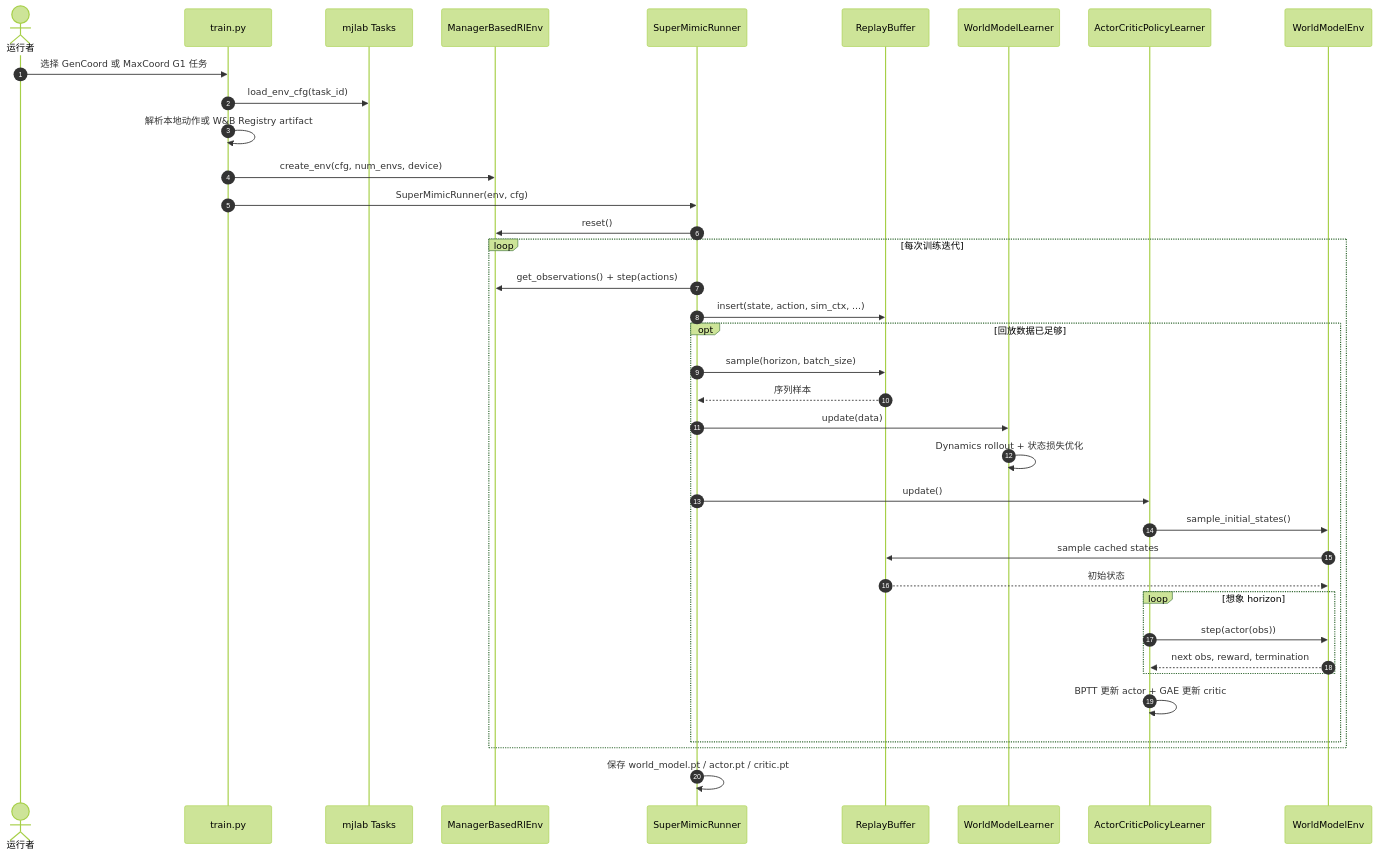
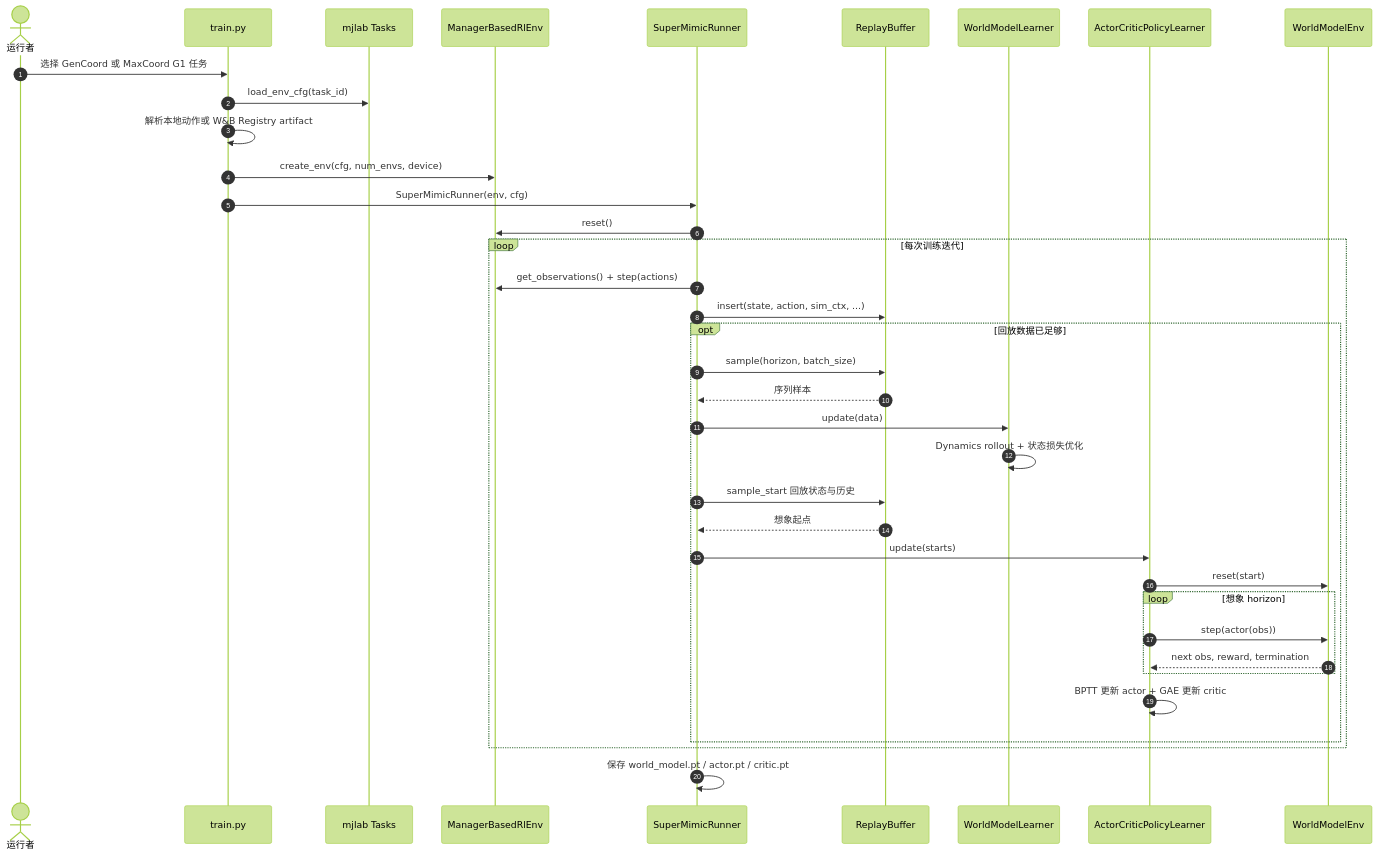
The third of 3 diagrams in wiki/entities/paper-supermimic.md (ImChong/Robotics_Notebooks), drawn with Mermaid (forest theme) before and after one commit. The commit also changed other lines of this file and 21 other files, not shown here.

````diff
--- a/wiki/entities/paper-supermimic.md
+++ b/wiki/entities/paper-supermimic.md
@@ -157,39 +157,39 @@
 ```mermaid
 sequenceDiagram
   autonumber
   actor User as 运行者
   participant CLI as train.py
   participant Registry as mjlab Tasks
   participant Sim as ManagerBasedRlEnv
   participant Runner as SuperMimicRunner
   participant Buffer as ReplayBuffer
   participant WM as WorldModelLearner
   participant Policy as ActorCriticPolicyLearner
   participant Imagination as WorldModelEnv
   User->>CLI: 选择 GenCoord 或 MaxCoord G1 任务
   CLI->>Registry: load_env_cfg(task_id)
   CLI->>CLI: 解析本地动作或 W&B Registry artifact
   CLI->>Sim: create_env(cfg, num_envs, device)
   CLI->>Runner: SuperMimicRunner(env, cfg)
   Runner->>Sim: reset()
   loop 每次训练迭代
     Runner->>Sim: get_observations() + step(actions)
     Runner->>Buffer: insert(state, action, sim_ctx, ...)
     opt 回放数据已足够
       Runner->>Buffer: sample(horizon, batch_size)
       Buffer-->>Runner: 序列样本
       Runner->>WM: update(data)
       WM->>WM: Dynamics rollout + 状态损失优化
-      Runner->>Policy: update()
-      Policy->>Imagination: sample_initial_states()
-      Imagination->>Buffer: sample cached states
-      Buffer-->>Imagination: 初始状态
+      Runner->>Buffer: sample_start 回放状态与历史
+      Buffer-->>Runner: 想象起点
+      Runner->>Policy: update(starts)
+      Policy->>Imagination: reset(start)
       loop 想象 horizon
         Policy->>Imagination: step(actor(obs))
         Imagination-->>Policy: next obs, reward, termination
       end
       Policy->>Policy: BPTT 更新 actor + GAE 更新 critic
     end
   end
   Runner->>Runner: 保存 world_model.pt / actor.pt / critic.pt
 ```
````
